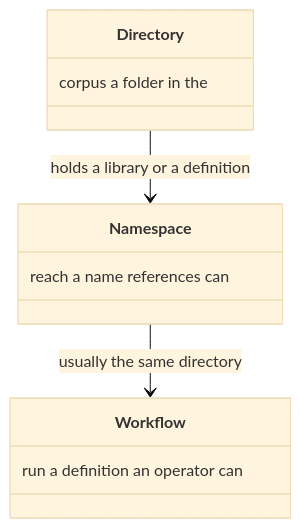
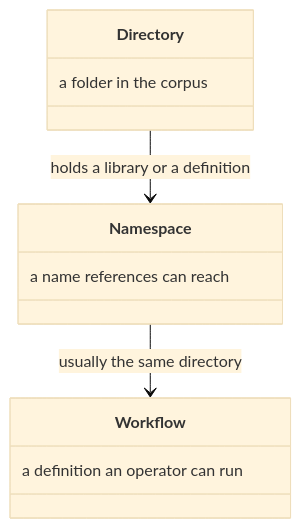
The sixth of 34 diagrams in docs/resolution.md (m2ux/workflow-server), drawn with Mermaid (base theme) before and after one commit. The commit also changed other lines of this file and 10 other files, not shown here.

Commit message:
Write each class-box note in reading order so the diagram shows the phrase as written.

````diff
--- a/docs/resolution.md
+++ b/docs/resolution.md
@@ -114,14 +114,14 @@
 ```mermaid
 classDiagram
   class Directory {
-    corpus a folder in the
+    a folder in the corpus
   }
   class Namespace {
-    reach a name references can
+    a name references can reach
   }
   class Workflow {
-    run a definition an operator can
+    a definition an operator can run
   }
   Directory --> Namespace : holds a library or a definition
   Namespace --> Workflow : usually the same directory
 ```
````
